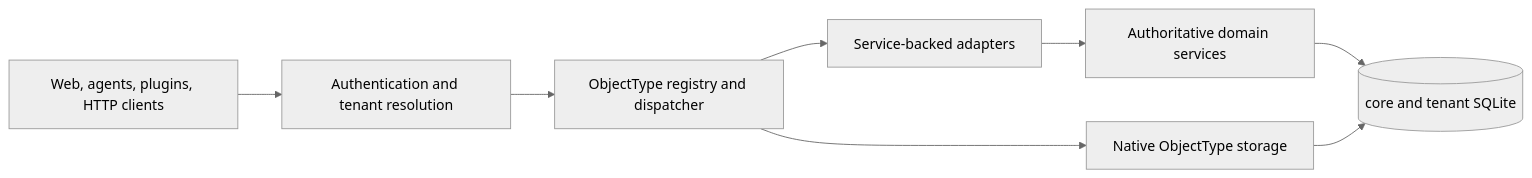
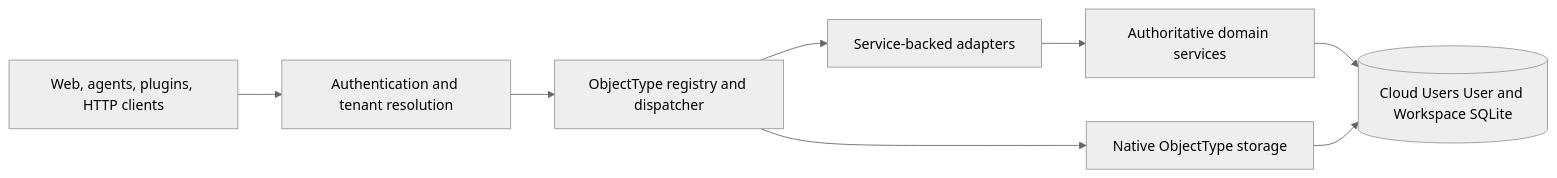
Before and after one commit to ReBoticsAI/GodMode: the first of 4 diagrams in docs/architecture.md, drawn with Mermaid (neutral theme). The commit also changed other lines of this file and 15 other files, not shown here.

````diff
--- a/docs/architecture.md
+++ b/docs/architecture.md
@@ -21,13 +21,13 @@
 ```mermaid
 flowchart LR
   Consumers[Web, agents, plugins, HTTP clients]
   Auth[Authentication and tenant resolution]
   Kernel[ObjectType registry and dispatcher]
   Adapters[Service-backed adapters]
   Native[Native ObjectType storage]
   Services[Authoritative domain services]
-  Databases[(core and tenant SQLite)]
+  Databases[(Cloud Users User and Workspace SQLite)]
   Consumers --> Auth --> Kernel
   Kernel --> Adapters --> Services --> Databases
   Kernel --> Native --> Databases
 ```
````
